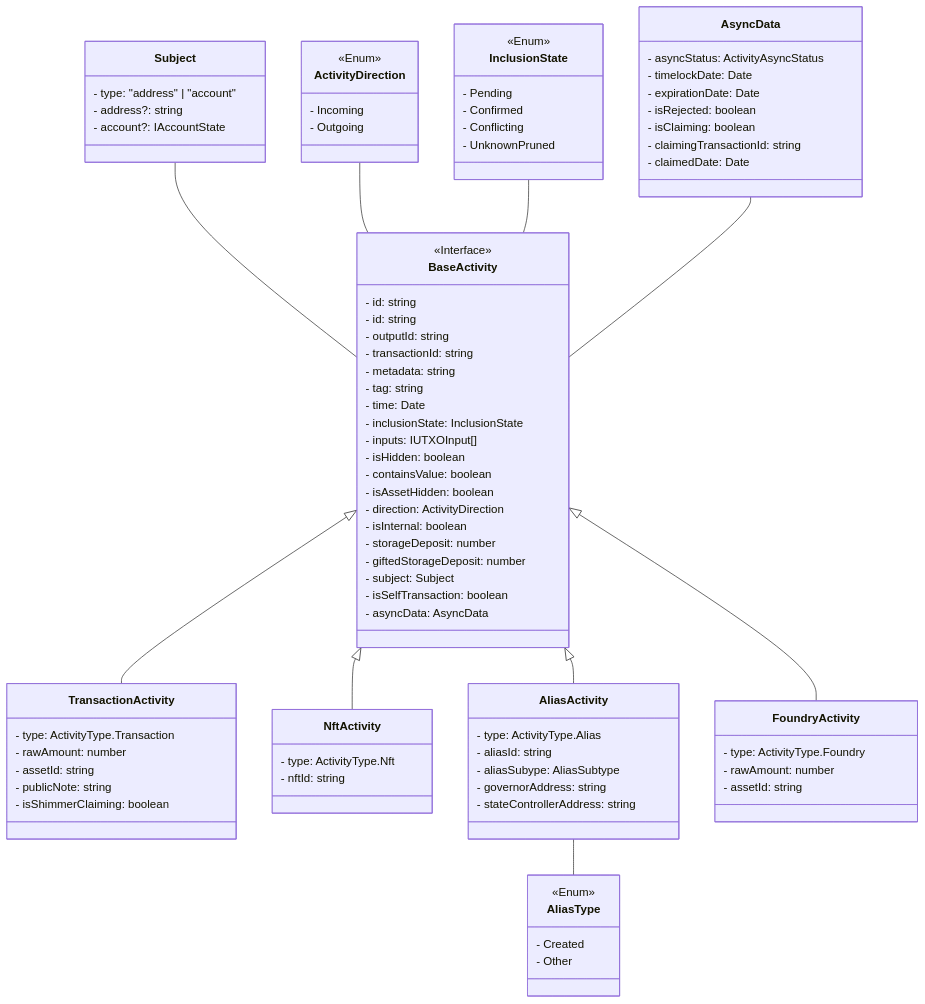
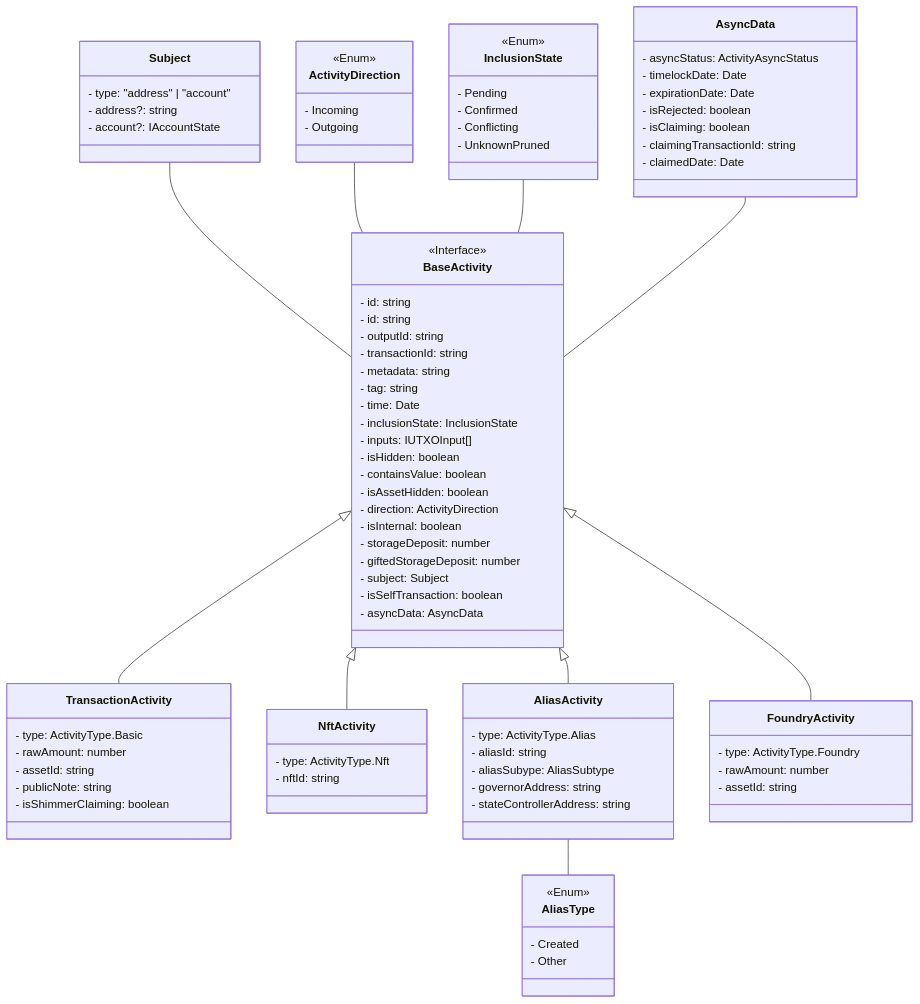
Before and after one commit to GraceHall722/bloom: the diagram in docs/specifications/activities/class-diagram.md, drawn with Mermaid. The commit also changed 29 other files, not shown here.

First line of the commit message:
refactor: update basic transaction structure (#5235)

```diff
--- a/docs/specifications/activities/class-diagram.md
+++ b/docs/specifications/activities/class-diagram.md
@@ -40,7 +40,7 @@
         - asyncData: AsyncData
     }
     class Transaction Activity {
-        - type: ActivityType.Transaction
+        - type: ActivityType.Basic
         - rawAmount: number
         - assetId: string
         - publicNote: string
```
